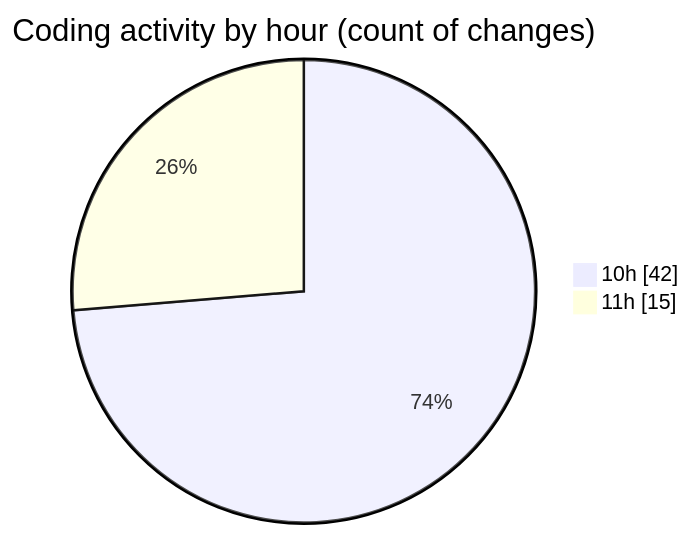
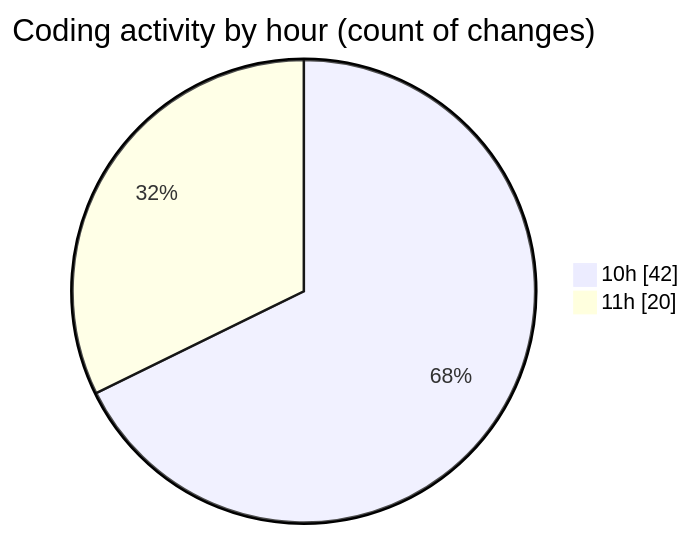
Before and after one commit to CELIANVF/code-tracking: the second of 2 diagrams in 2025-05-15/ecodeli-1/README.md, drawn with Mermaid. The commit also changed other lines of this file and 1 other file, not shown here.

````diff
--- a/2025-05-15/ecodeli-1/README.md
+++ b/2025-05-15/ecodeli-1/README.md
@@ -54,6 +55,6 @@
 ```mermaid
 pie showData
 title Coding activity by hour (count of changes)
 "10h" : 42
-"11h" : 15
+"11h" : 20
 ```
````
